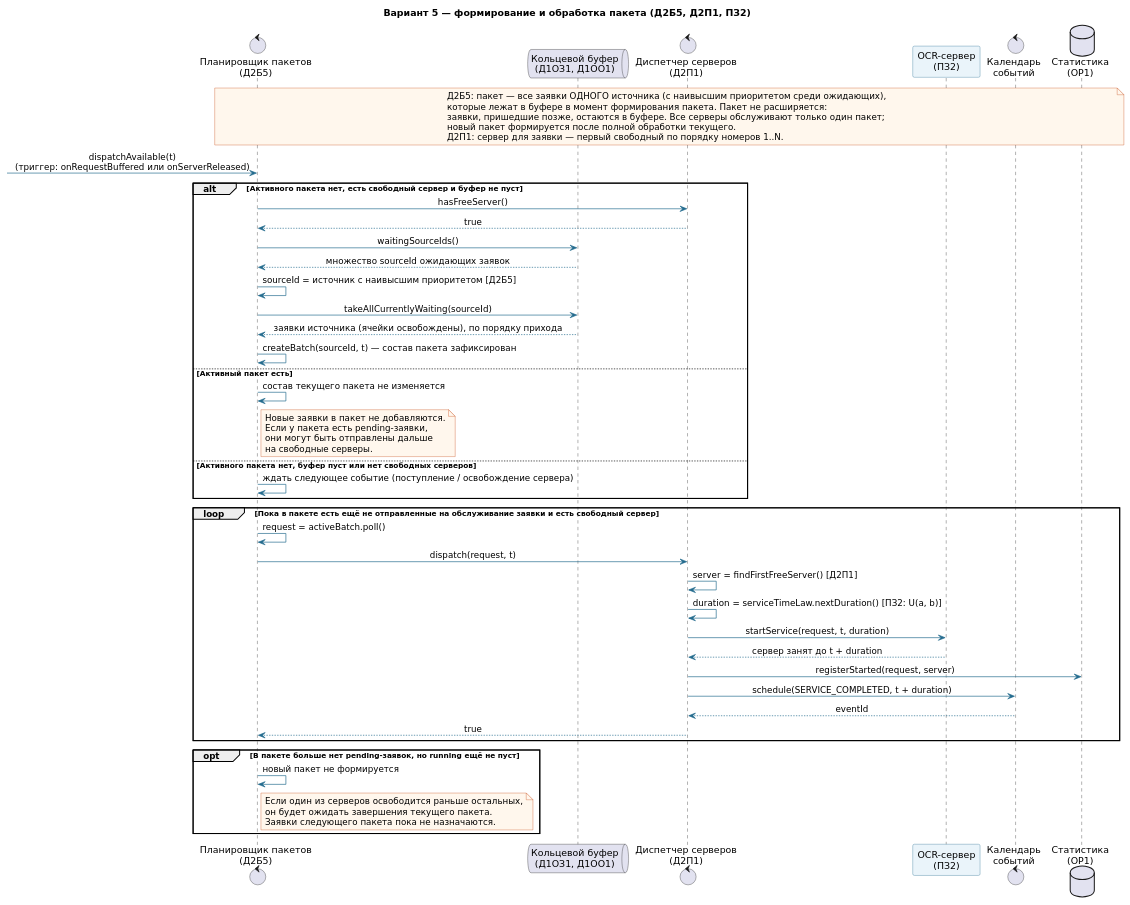
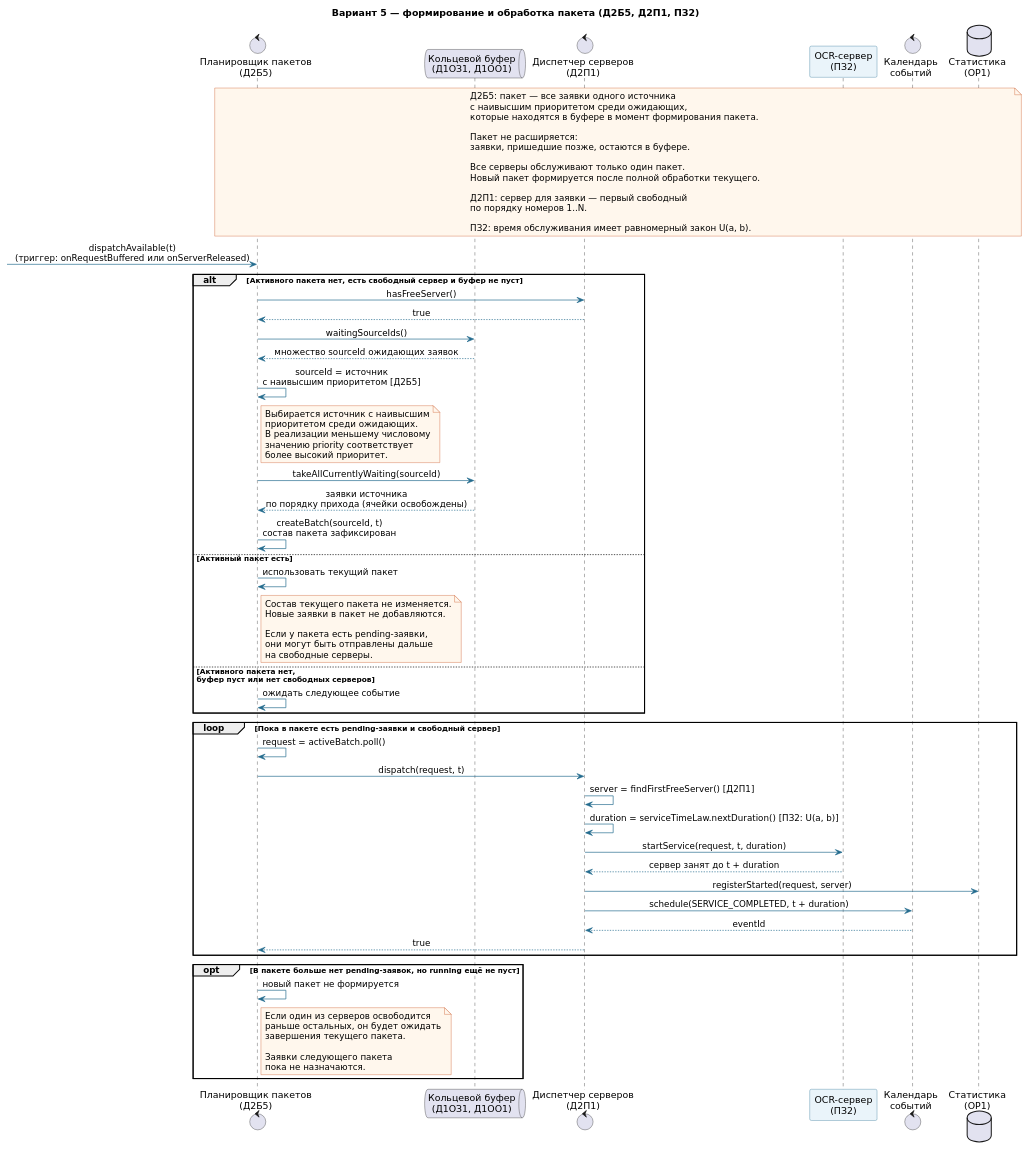
One commit to xanaoxx/smo-ocr-variant-5 changed the diagram in smo-ocr-variant-5/diagrams/sequence/batch-processing.puml. Above: the diagram before and after it, drawn with PlantUML.

```diff
--- a/smo-ocr-variant-5/diagrams/sequence/batch-processing.puml
+++ b/smo-ocr-variant-5/diagrams/sequence/batch-processing.puml
@@ -1,73 +1,121 @@
 @startuml
 skinparam backgroundColor white
 skinparam shadowing false
 skinparam defaultFontName DejaVu Sans
 skinparam sequenceMessageAlign center
 skinparam ArrowColor #236B8E
 skinparam ParticipantBorderColor #236B8E
 skinparam ParticipantBackgroundColor #EAF4FA
 skinparam NoteBackgroundColor #FFF7ED
 skinparam NoteBorderColor #C2410C
 
 title Вариант 5 — формирование и обработка пакета (Д2Б5, Д2П1, ПЗ2)
 
 control "Планировщик пакетов\n(Д2Б5)" as Batch
 queue "Кольцевой буфер\n(Д1ОЗ1, Д1ОО1)" as Buffer
 control "Диспетчер серверов\n(Д2П1)" as ServerDispatch
 participant "OCR-сервер\n(ПЗ2)" as Worker
 control "Календарь\nсобытий" as Calendar
 database "Статистика\n(ОР1)" as Stats
 
 note over Batch, Stats
-Д2Б5: пакет — все заявки ОДНОГО источника (с наивысшим приоритетом среди ожидающих),
-которые лежат в буфере в момент формирования пакета. Пакет не расширяется:
-заявки, пришедшие позже, остаются в буфере. Все серверы обслуживают только один пакет;
-новый пакет формируется после полной обработки текущего.
-Д2П1: сервер для заявки — первый свободный по порядку номеров 1..N.
+Д2Б5: пакет — все заявки одного источника
+с наивысшим приоритетом среди ожидающих,
+которые находятся в буфере в момент формирования пакета.
+
+Пакет не расширяется:
+заявки, пришедшие позже, остаются в буфере.
+
+Все серверы обслуживают только один пакет.
+Новый пакет формируется после полной обработки текущего.
+
+Д2П1: сервер для заявки — первый свободный
+по порядку номеров 1..N.
+
+ПЗ2: время обслуживания имеет равномерный закон U(a, b).
 end note
 
 [-> Batch: dispatchAvailable(t)\n(триггер: onRequestBuffered или onServerReleased)
 
 alt Активного пакета нет, есть свободный сервер и буфер не пуст
-  Batch -> ServerDispatch: hasFreeServer()
-  ServerDispatch --> Batch: true
-  Batch -> Buffer: waitingSourceIds()
-  Buffer --> Batch: множество sourceId ожидающих заявок
-  Batch -> Batch: sourceId = источник с наивысшим приоритетом [Д2Б5]
-  Batch -> Buffer: takeAllCurrentlyWaiting(sourceId)
-  Buffer --> Batch: заявки источника (ячейки освобождены), по порядку прихода
-  Batch -> Batch: createBatch(sourceId, t) — состав пакета зафиксирован
+
+    Batch -> ServerDispatch: hasFreeServer()
+    ServerDispatch --> Batch: true
+
+    Batch -> Buffer: waitingSourceIds()
+    Buffer --> Batch: множество sourceId ожидающих заявок
+
+    Batch -> Batch: sourceId = источник\nс наивысшим приоритетом [Д2Б5]
+
+    note right of Batch
+    Выбирается источник с наивысшим
+    приоритетом среди ожидающих.
+    В реализации меньшему числовому
+    значению priority соответствует
+    более высокий приоритет.
+    end note
+
+    Batch -> Buffer: takeAllCurrentlyWaiting(sourceId)
+    Buffer --> Batch: заявки источника\nпо порядку прихода (ячейки освобождены)
+
+    Batch -> Batch: createBatch(sourceId, t)\nсостав пакета зафиксирован
+
 else Активный пакет есть
-  Batch -> Batch: состав текущего пакета не изменяется
-  note right of Batch
+
+    Batch -> Batch: использовать текущий пакет
+
+    note right of Batch
+    Состав текущего пакета не изменяется.
     Новые заявки в пакет не добавляются.
+
     Если у пакета есть pending-заявки,
     они могут быть отправлены дальше
     на свободные серверы.
-  end note
-else Активного пакета нет, буфер пуст или нет свободных серверов
-  Batch -> Batch: ждать следующее событие (поступление / освобождение сервера)
+    end note
+
+else Активного пакета нет,\nбуфер пуст или нет свободных серверов
+
+    Batch -> Batch: ожидать следующее событие
+
 end
 
-loop Пока в пакете есть ещё не отправленные на обслуживание заявки и есть свободный сервер
-  Batch -> Batch: request = activeBatch.poll()
-  Batch -> ServerDispatch: dispatch(request, t)
-  ServerDispatch -> ServerDispatch: server = findFirstFreeServer() [Д2П1]
-  ServerDispatch -> ServerDispatch: duration = serviceTimeLaw.nextDuration() [ПЗ2: U(a, b)]
-  ServerDispatch -> Worker: startService(request, t, duration)
-  Worker --> ServerDispatch: сервер занят до t + duration
-  ServerDispatch -> Stats: registerStarted(request, server)
-  ServerDispatch -> Calendar: schedule(SERVICE_COMPLETED, t + duration)
-  Calendar --> ServerDispatch: eventId
-  ServerDispatch --> Batch: true
+loop Пока в пакете есть pending-заявки и свободный сервер
+
+    Batch -> Batch: request = activeBatch.poll()
+
+    Batch -> ServerDispatch: dispatch(request, t)
+
+    ServerDispatch -> ServerDispatch: server = findFirstFreeServer() [Д2П1]
+
+    ServerDispatch -> ServerDispatch: duration = serviceTimeLaw.nextDuration() [ПЗ2: U(a, b)]
+
+    ServerDispatch -> Worker: startService(request, t, duration)
+
+    Worker --> ServerDispatch: сервер занят до t + duration
+
+    ServerDispatch -> Stats: registerStarted(request, server)
+
+    ServerDispatch -> Calendar: schedule(SERVICE_COMPLETED, t + duration)
+
+    Calendar --> ServerDispatch: eventId
+
+    ServerDispatch --> Batch: true
+
 end
 
 opt В пакете больше нет pending-заявок, но running ещё не пуст
-  Batch -> Batch: новый пакет не формируется
-  note right of Batch
-    Если один из серверов освободится раньше остальных,
-    он будет ожидать завершения текущего пакета.
-    Заявки следующего пакета пока не назначаются.
-  end note
+
+    Batch -> Batch: новый пакет не формируется
+
+    note right of Batch
+    Если один из серверов освободится
+    раньше остальных, он будет ожидать
+    завершения текущего пакета.
+
+    Заявки следующего пакета
+    пока не назначаются.
+    end note
+
 end
+
 @enduml
```
